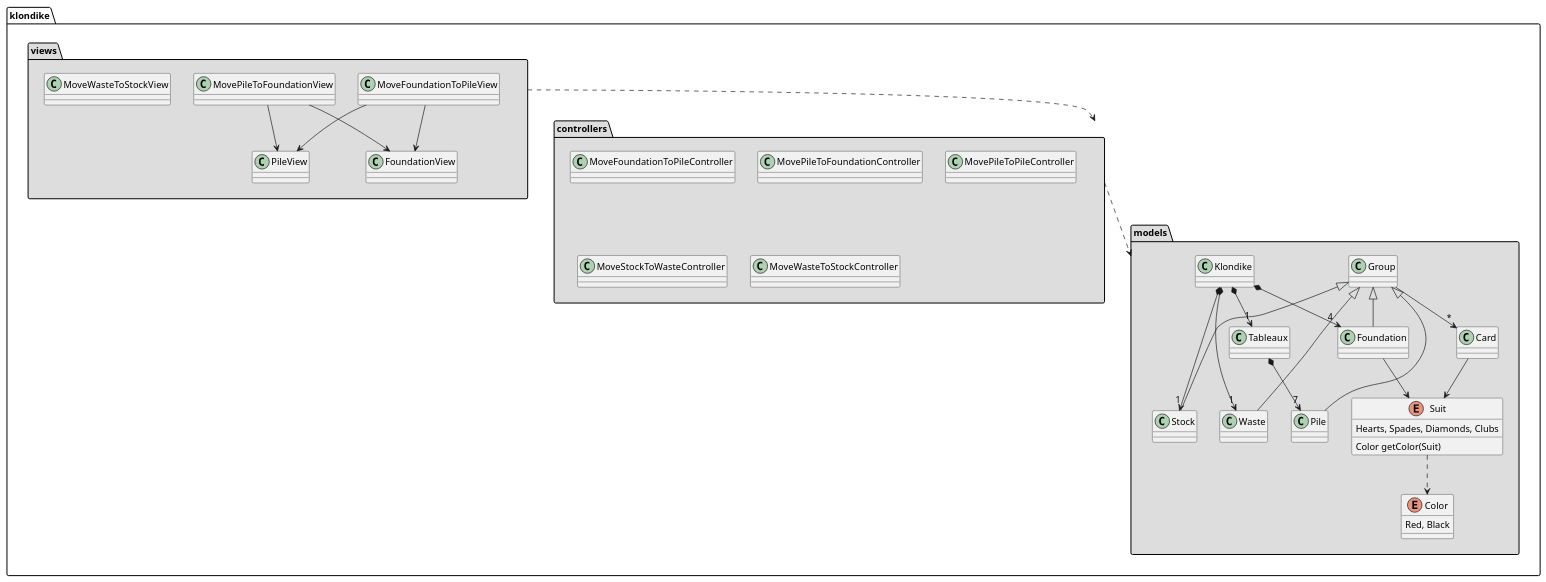
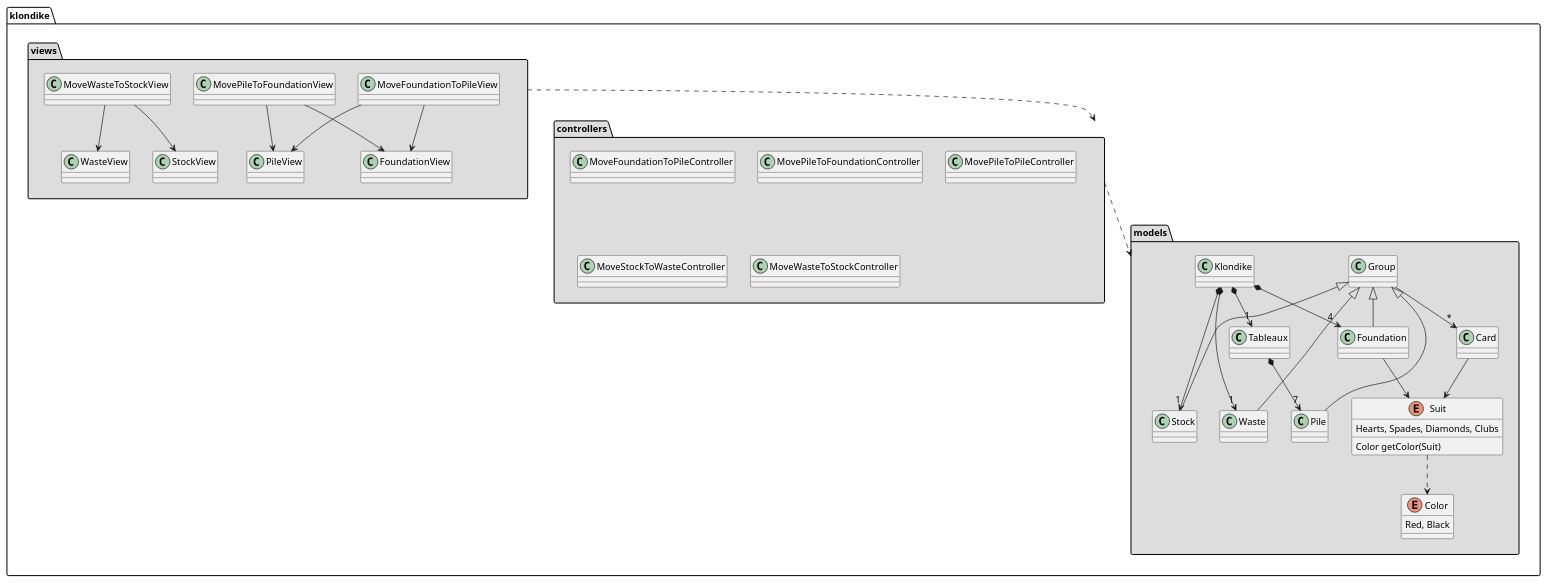
Before and after one commit to ciscoruiz/klondike: the diagram in analysis/architecture/package_diagram.puml, drawn with PlantUML. The commit also changed 1 other file, not shown here.

Commit message:
Take account of showing the result after the movement for MoveWasteToStock

```diff
--- a/analysis/architecture/package_diagram.puml
+++ b/analysis/architecture/package_diagram.puml
@@ -1,58 +1,63 @@
 @startuml
 
 package klondike.views #DDDDDD {
    class MoveFoundationToPileView
    class MovePileToFoundationView
    class MoveWasteToStockView
 
    class PileView
    class FoundationView
+   class WasteView
+   class StockView
 
    MoveFoundationToPileView -down-> PileView
    MoveFoundationToPileView -down-> FoundationView
 
    MovePileToFoundationView -down-> PileView
    MovePileToFoundationView -down-> FoundationView
+
+   MoveWasteToStockView -down-> WasteView
+   MoveWasteToStockView -down-> StockView
 }
 
 package "klondike.controllers" #DDDDDD {
    class MoveFoundationToPileController
    class MovePileToFoundationController
    class MovePileToPileController
    class MoveStockToWasteController
    class MoveWasteToStockController
 }
 
 package "klondike.models" #DDDDDD {
    enum Color {
       Red, Black
    }
 
    enum Suit {
     Hearts, Spades, Diamonds, Clubs
     Color getColor(Suit)
    }
 
    Card --> Suit
    Suit ..> Color
 
    Group -> "*" Card
    Group <|-down-- Pile
    Group <|-down-- Stock
    Group <|-down-- Waste
    Group <|-down- Foundation
 
 
    Tableaux *-down-> "7" Pile
    Klondike *-down-> "1" Stock
    Klondike *-down-> "1" Waste
    Klondike *-down-> "1" Tableaux
    Klondike *-down-> "4" Foundation
 
    Foundation --> Suit
 }
 
 klondike.views ..> klondike.controllers
 klondike.controllers ..> klondike.models
 
 @enduml
```
